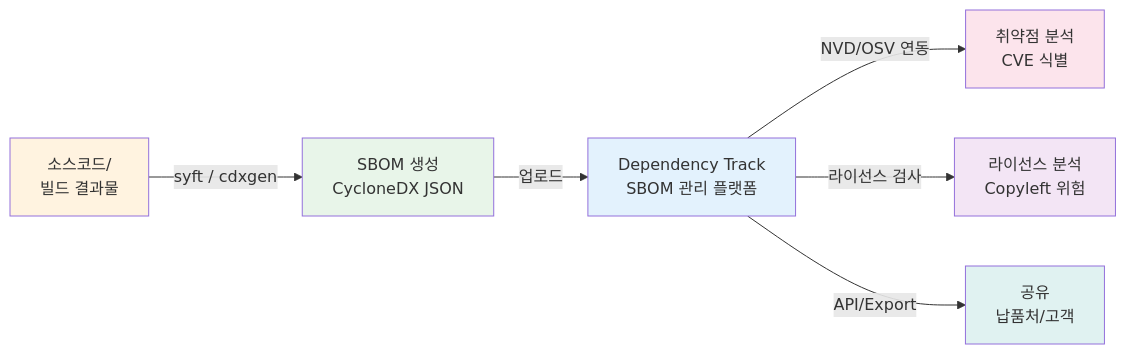
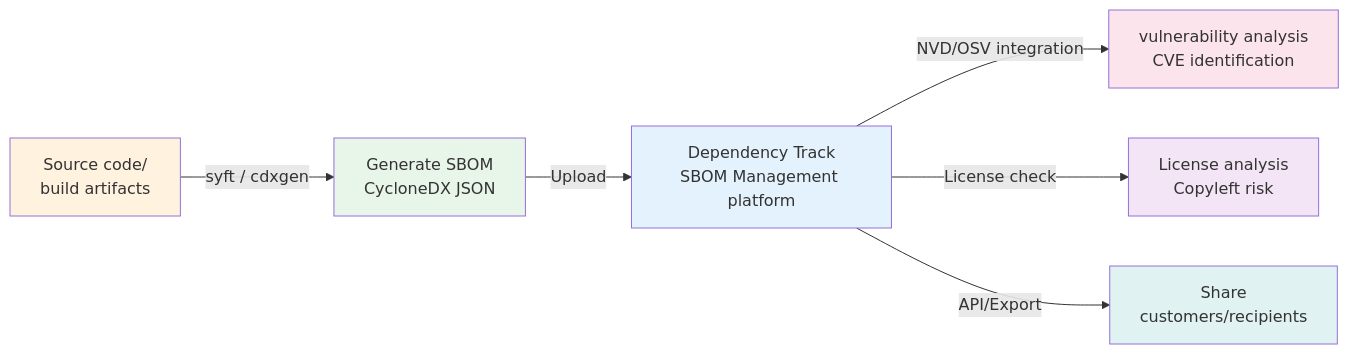
The diagram in website/i18n/en/docusaurus-plugin-content-docs/current/00-overview/sbom-101.md (trustedoss/trustedoss.github.io), drawn with Mermaid before and after one commit. The commit also changed other lines of this file and 55 other files, not shown here.

````diff
--- a/website/i18n/en/docusaurus-plugin-content-docs/current/00-overview/sbom-101.md
+++ b/website/i18n/en/docusaurus-plugin-content-docs/current/00-overview/sbom-101.md
@@ -113,15 +113,15 @@
 ```mermaid
 flowchart LR
-    A[소스코드/\n빌드 결과물] -->|syft / cdxgen| B[SBOM 생성\nCycloneDX JSON]
-    B -->|업로드| C[Dependency Track\nSBOM 관리 플랫폼]
-    C -->|NVD/OSV 연동| D[취약점 분석\nCVE 식별]
-    C -->|라이선스 검사| E[라이선스 분석\nCopyleft 위험]
-    C -->|API/Export| F[공유\n납품처/고객]
+    A[Source code/\nbuild artifacts] -->|syft / cdxgen| B[Generate SBOM\nCycloneDX JSON]
+    B -->|Upload| C[Dependency Track\nSBOM Management platform]
+    C -->|NVD/OSV integration| D[vulnerability analysis\nCVE identification]
+    C -->|License check| E[License analysis\nCopyleft risk]
+    C -->|API/Export| F[Share\ncustomers/recipients]
 
     style A fill:#fff3e0
     style B fill:#e8f5e9
     style C fill:#e3f2fd
     style D fill:#fce4ec
     style E fill:#f3e5f5
     style F fill:#e0f2f1
 ```
````
